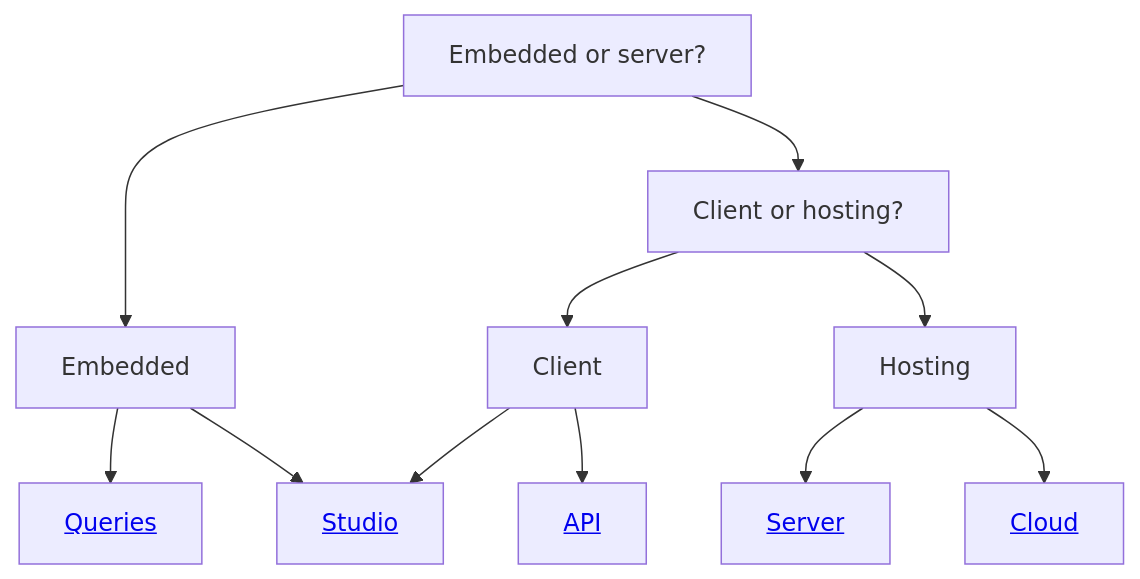
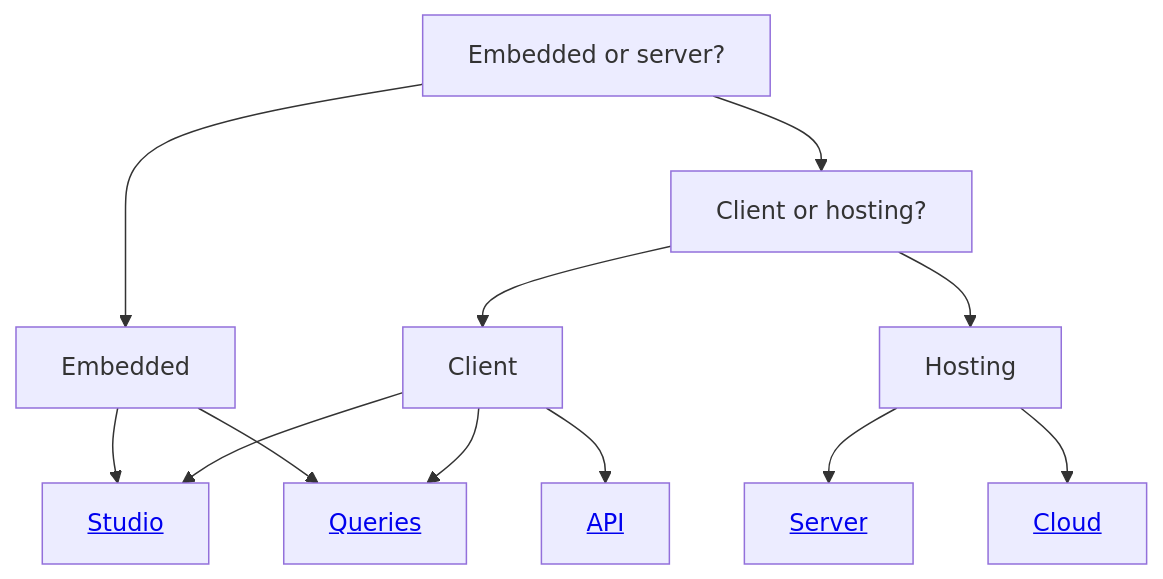
The diagram in README.md (agnesoft/agdb), drawn with Mermaid before and after one commit. The commit also changed other lines of this file and 6 other files, not shown here.

First line of the commit message:
[docs] Add mermaid diagrams of builder queries #992 (#1001)

````diff
--- a/README.md
+++ b/README.md
@@ -169,13 +170,14 @@
 ```mermaid
-graph TD;
+flowchart TD;
     A[Embedded or server?] --> Embedded
     A --> B[Client or hosting?]
-    Embedded --> Queries[<a href='https://github.com/agnesoft/agdb/blob/main/docs/queries.md'>Queries</a>]
     Embedded --> Studio[<a href='https://github.com/agnesoft/agdb/blob/main/docs/studio.md'>Studio</a>]
+    Embedded --> Queries[<a href='https://github.com/agnesoft/agdb/blob/main/docs/queries.md'>Queries</a>]   
     B --> Client
     B --> Hosting
     Client --> API[<a href='https://github.com/agnesoft/agdb/blob/main/docs/api.md'>API</a>]
     Client --> Studio
+    Client --> Queries   
     Hosting --> Server[<a href='https://github.com/agnesoft/agdb/blob/main/docs/server.md'>Server</a>]
     Hosting --> Cloud[<a href='https://github.com/agnesoft/agdb/blob/main/docs/server.md'>Cloud</a>]
 ```
````
